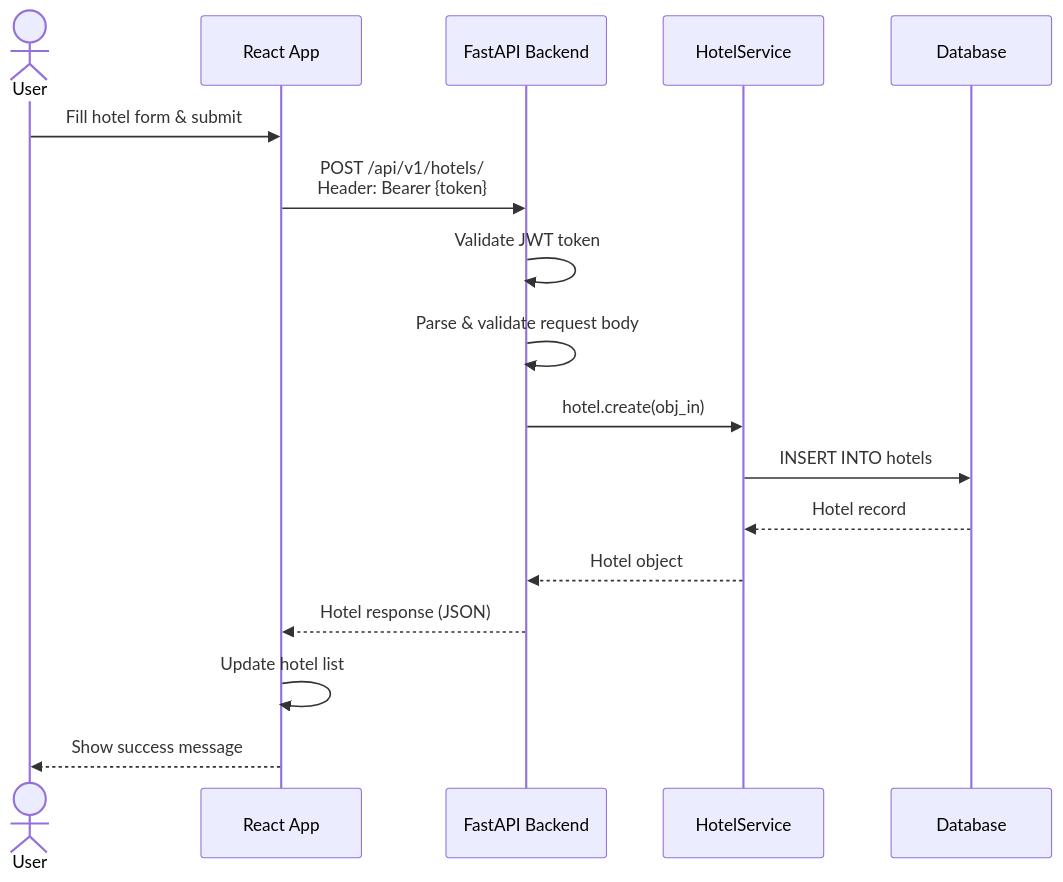
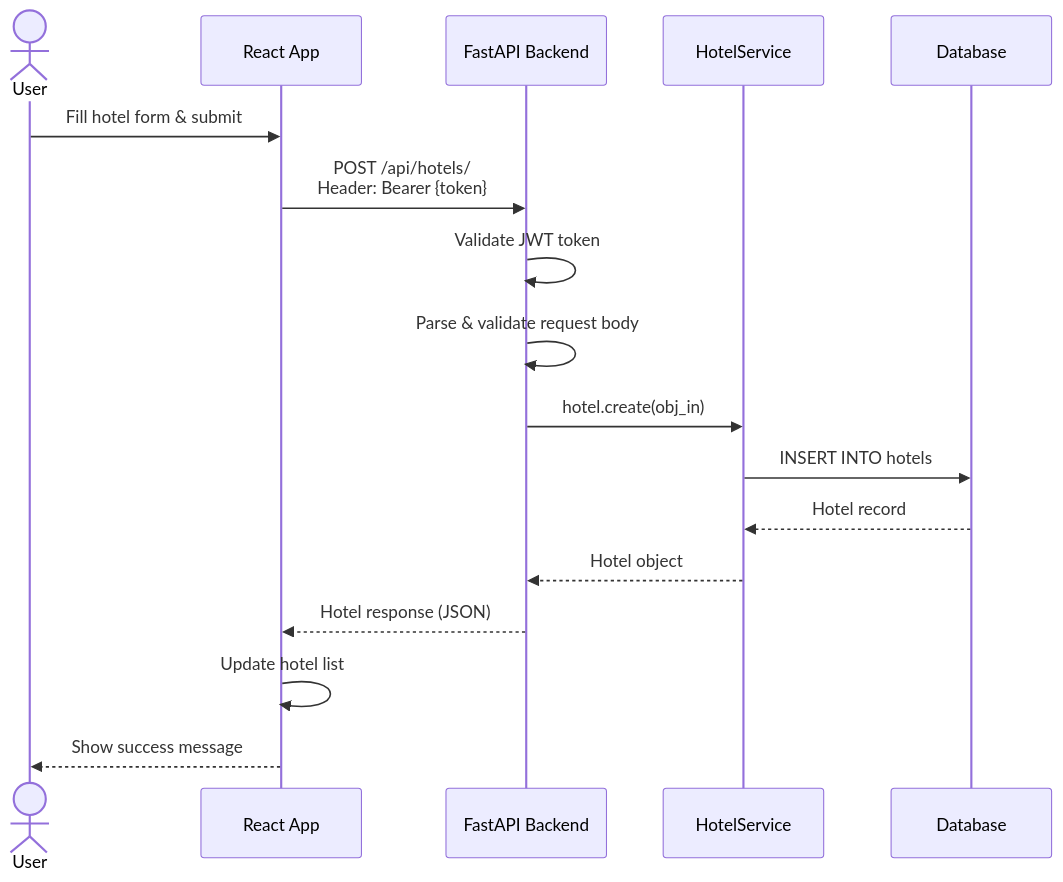
The fifth of 8 diagrams in docs/ARCHITECTURE.md (SaviNimz/Basic-Hotel-Platform), drawn with Mermaid before and after one commit. The commit also changed other lines of this file, not shown here.

````diff
--- a/docs/ARCHITECTURE.md
+++ b/docs/ARCHITECTURE.md
@@ -210,20 +210,20 @@
 ```mermaid
 sequenceDiagram
     actor User
     participant UI as React App
     participant API as FastAPI Backend
     participant Service as HotelService
     participant DB as Database
 
     User->>UI: Fill hotel form & submit
-    UI->>API: POST /api/v1/hotels/<br/>Header: Bearer {token}
+    UI->>API: POST /api/hotels/<br/>Header: Bearer {token}
     API->>API: Validate JWT token
     API->>API: Parse & validate request body
     API->>Service: hotel.create(obj_in)
     Service->>DB: INSERT INTO hotels
     DB-->>Service: Hotel record
     Service-->>API: Hotel object
     API-->>UI: Hotel response (JSON)
     UI->>UI: Update hotel list
     UI-->>User: Show success message
 ```
````
